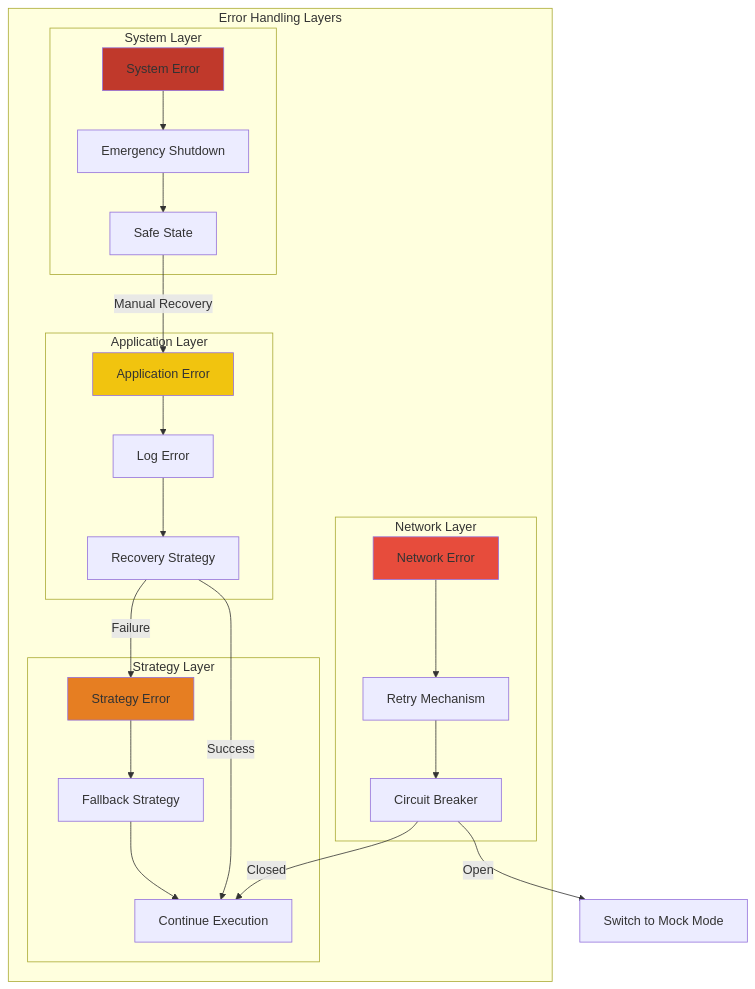
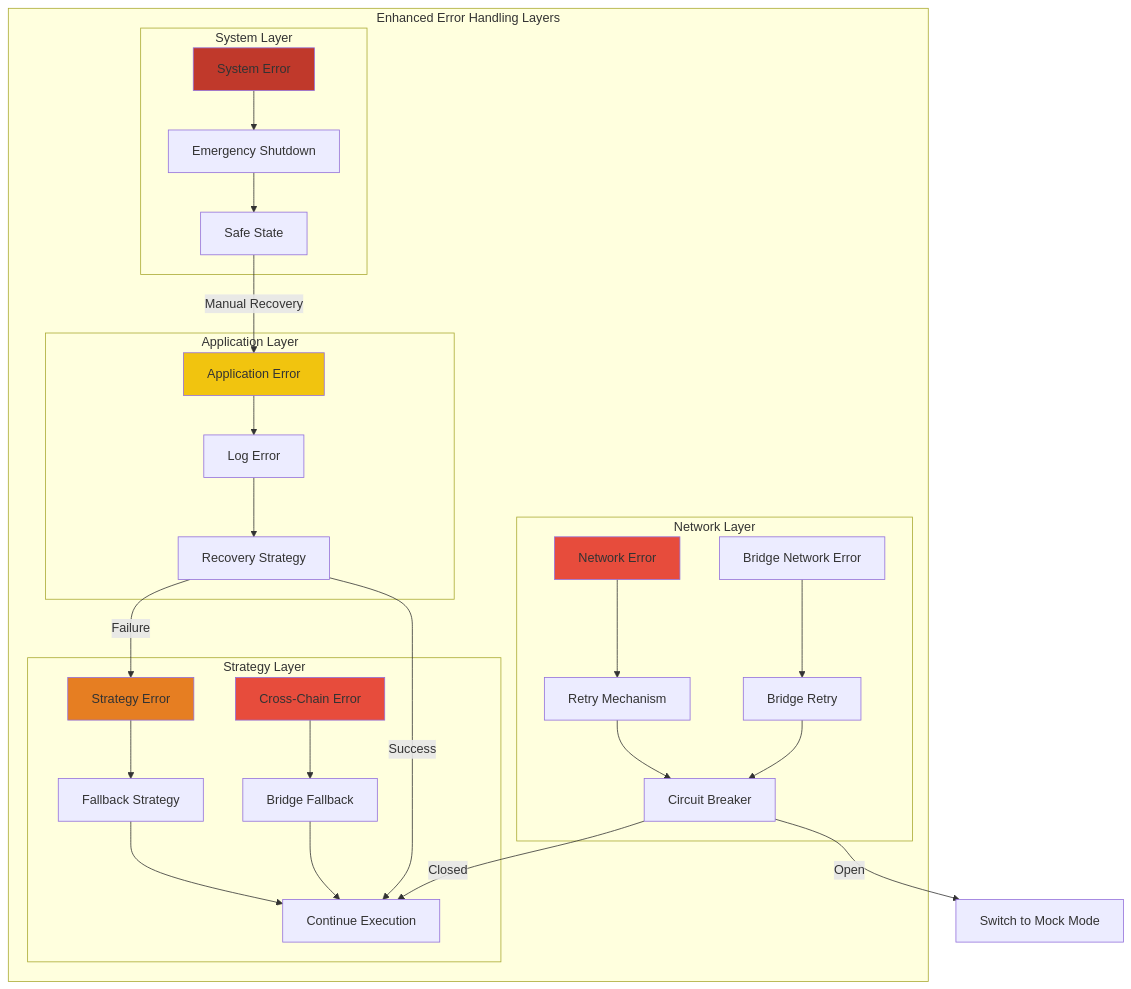
Diagram 12 of 15 in docs/ARCHITECTURE.md (blockbit-hama/xCrack), drawn with Mermaid before and after one commit. The commit also changed other lines of this file and 33 other files, not shown here.

````diff
--- a/docs/ARCHITECTURE.md
+++ b/docs/ARCHITECTURE.md
@@ -1709,41 +941,48 @@
 ```mermaid
 flowchart TD
-    subgraph "Error Handling Layers"
+    subgraph "Enhanced Error Handling Layers"
         subgraph "Application Layer"
             APP_ERROR[Application Error]
             APP_ERROR --> LOG_ERROR[Log Error]
             LOG_ERROR --> RECOVER[Recovery Strategy]
         end
 
         subgraph "Strategy Layer"
             STRATEGY_ERROR[Strategy Error]
+            CROSS_CHAIN_ERROR[Cross-Chain Error]
             STRATEGY_ERROR --> FALLBACK_STRATEGY[Fallback Strategy]
+            CROSS_CHAIN_ERROR --> BRIDGE_FALLBACK[Bridge Fallback]
             FALLBACK_STRATEGY --> CONTINUE_EXECUTION[Continue Execution]
+            BRIDGE_FALLBACK --> CONTINUE_EXECUTION
         end
 
         subgraph "Network Layer"
             NETWORK_ERROR[Network Error]
+            BRIDGE_ERROR[Bridge Network Error]
             NETWORK_ERROR --> RETRY_MECHANISM[Retry Mechanism]
+            BRIDGE_ERROR --> BRIDGE_RETRY[Bridge Retry]
             RETRY_MECHANISM --> CIRCUIT_BREAKER[Circuit Breaker]
+            BRIDGE_RETRY --> CIRCUIT_BREAKER
         end
 
         subgraph "System Layer"
             SYSTEM_ERROR[System Error]
             SYSTEM_ERROR --> EMERGENCY_SHUTDOWN[Emergency Shutdown]
             EMERGENCY_SHUTDOWN --> SAFE_STATE[Safe State]
         end
     end
 
     RECOVER --> |Success| CONTINUE_EXECUTION
     RECOVER --> |Failure| STRATEGY_ERROR
     
     CIRCUIT_BREAKER --> |Open| MOCK_MODE[Switch to Mock Mode]
     CIRCUIT_BREAKER --> |Closed| CONTINUE_EXECUTION
     
     SAFE_STATE --> |Manual Recovery| APP_ERROR
 
     style APP_ERROR fill:#f1c40f
     style STRATEGY_ERROR fill:#e67e22
+    style CROSS_CHAIN_ERROR fill:#e74c3c
     style NETWORK_ERROR fill:#e74c3c
     style SYSTEM_ERROR fill:#c0392b
 ```
````
